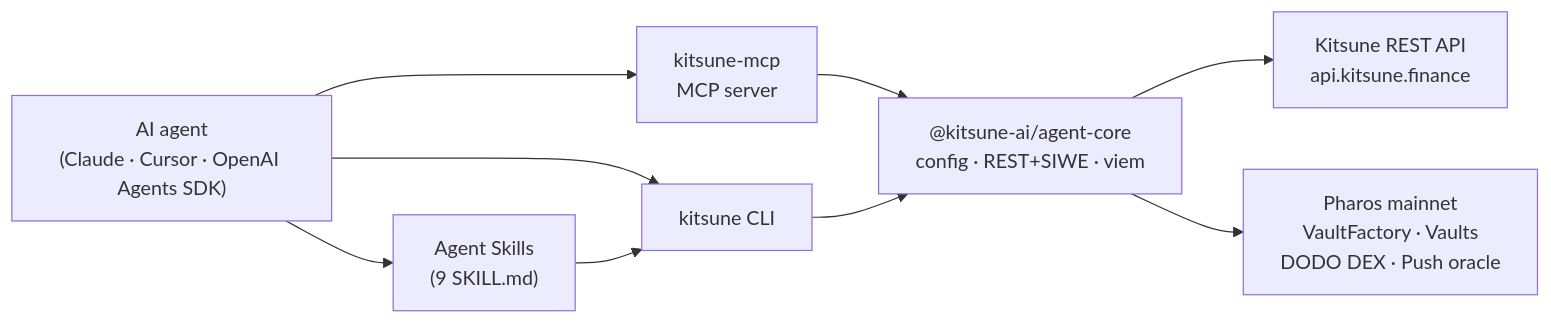
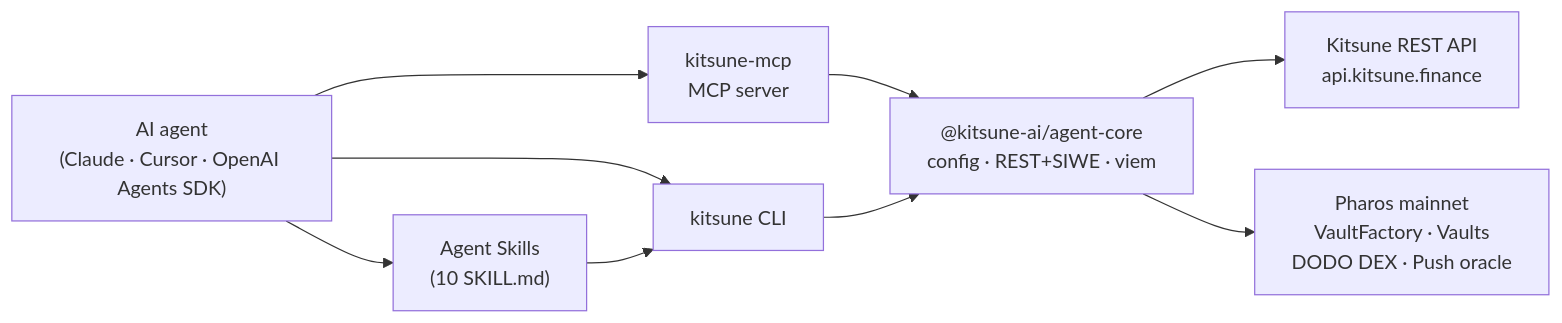
The diagram in README.md (vi11abajo/kitsune-agent), drawn with Mermaid before and after one commit. The commit also changed other lines of this file and 22 other files, not shown here.

First line of the commit message:
feat(skills): add pharos-bridge cross-chain on-ramp skill (10th skill)

````diff
--- a/README.md
+++ b/README.md
@@ -68,12 +70,12 @@
 ```mermaid
 graph LR
   A["AI agent<br/>(Claude · Cursor · OpenAI Agents SDK)"]
-  A --> S["Agent Skills<br/>(9 SKILL.md)"]
+  A --> S["Agent Skills<br/>(10 SKILL.md)"]
   A --> M["kitsune-mcp<br/>MCP server"]
   A --> C["kitsune CLI"]
   S --> C
   M --> K["@kitsune-ai/agent-core<br/>config · REST+SIWE · viem"]
   C --> K
   K --> R["Kitsune REST API<br/>api.kitsune.finance"]
   K --> P["Pharos mainnet<br/>VaultFactory · Vaults<br/>DODO DEX · Push oracle"]
 ```
````
